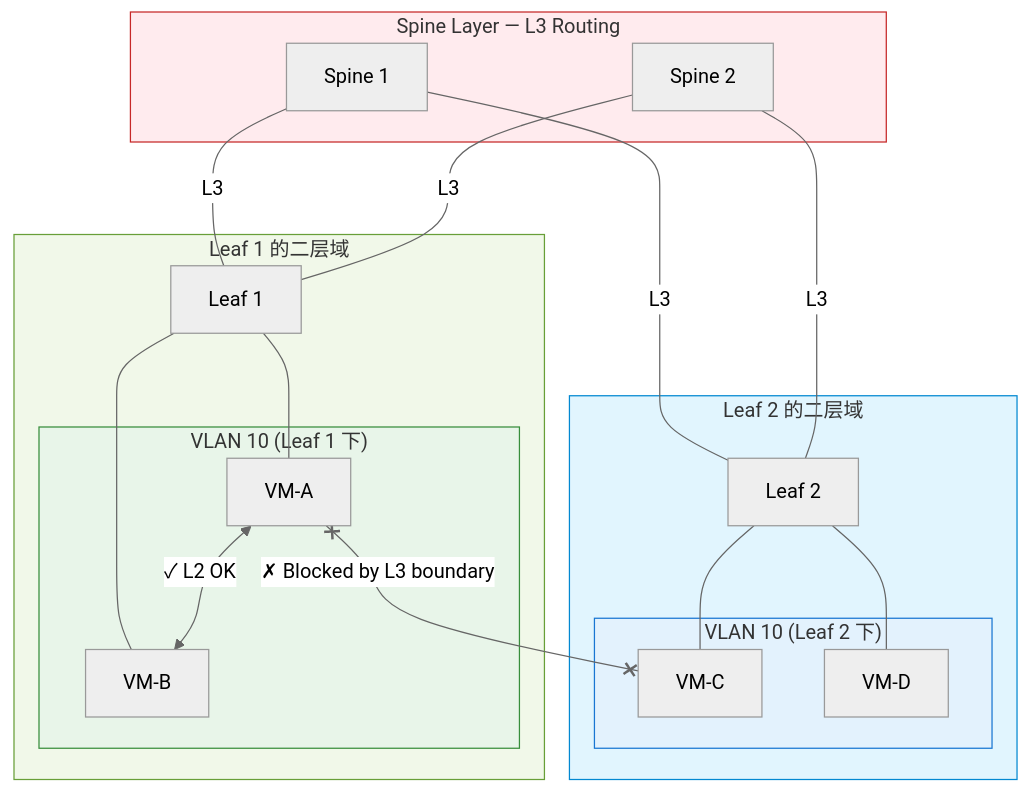
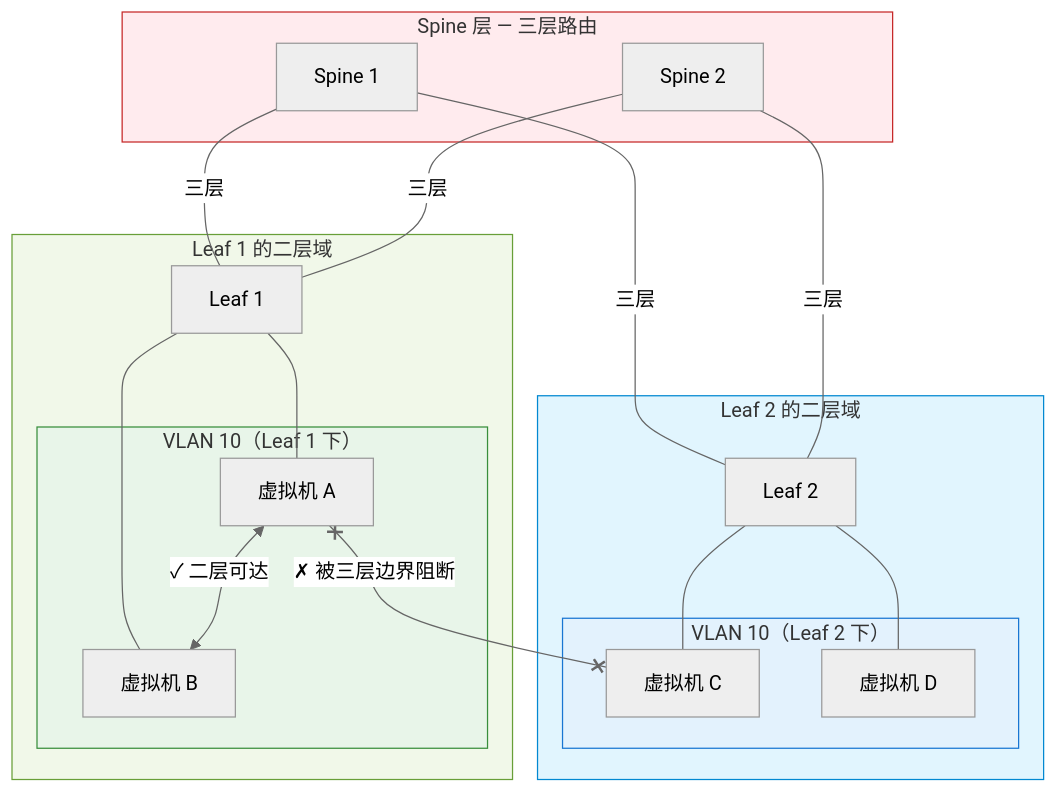
The second of 2 diagrams in docs/04.VLAN的边界.md (caozhiyi/network-book), drawn with Mermaid (neutral theme) before and after one commit. The commit also changed other lines of this file and 77 other files, not shown here.

````diff
--- a/docs/04.VLAN的边界.md
+++ b/docs/04.VLAN的边界.md
@@ -111,41 +113,41 @@
 ```mermaid
 graph TB
-    subgraph SPINE["Spine Layer — L3 Routing"]
+    subgraph SPINE["Spine 层 — 三层路由"]
         S1["Spine 1"]
         S2["Spine 2"]
     end
 
     subgraph LEAF1_DOMAIN["Leaf 1 的二层域"]
         L1["Leaf 1"]
-        subgraph VLAN10_L1["VLAN 10 (Leaf 1 下)"]
-            VMA["VM-A"]
-            VMB["VM-B"]
+        subgraph VLAN10_L1["VLAN 10（Leaf 1 下）"]
+            VMA["虚拟机 A"]
+            VMB["虚拟机 B"]
         end
     end
 
     subgraph LEAF2_DOMAIN["Leaf 2 的二层域"]
         L2["Leaf 2"]
-        subgraph VLAN10_L2["VLAN 10 (Leaf 2 下)"]
-            VMC["VM-C"]
-            VMD["VM-D"]
+        subgraph VLAN10_L2["VLAN 10（Leaf 2 下）"]
+            VMC["虚拟机 C"]
+            VMD["虚拟机 D"]
         end
     end
 
-    S1 ---|"L3"| L1
-    S2 ---|"L3"| L1
-    S1 ---|"L3"| L2
-    S2 ---|"L3"| L2
+    S1 ---|"三层"| L1
+    S2 ---|"三层"| L1
+    S1 ---|"三层"| L2
+    S2 ---|"三层"| L2
     L1 --- VMA
     L1 --- VMB
     L2 --- VMC
     L2 --- VMD
 
-    VMA <-->|"✓ L2 OK"| VMB
-    VMA x--x|"✗ Blocked by L3 boundary"| VMC
+    VMA <-->|"✓ 二层可达"| VMB
+    VMA x--x|"✗ 被三层边界阻断"| VMC
 
     style SPINE fill:#ffebee,stroke:#c62828
     style VLAN10_L1 fill:#e8f5e9,stroke:#388e3c
     style VLAN10_L2 fill:#e3f2fd,stroke:#1976d2
     style LEAF1_DOMAIN fill:#f1f8e9,stroke:#689f38
     style LEAF2_DOMAIN fill:#e1f5fe,stroke:#0288d1
 ```
````
